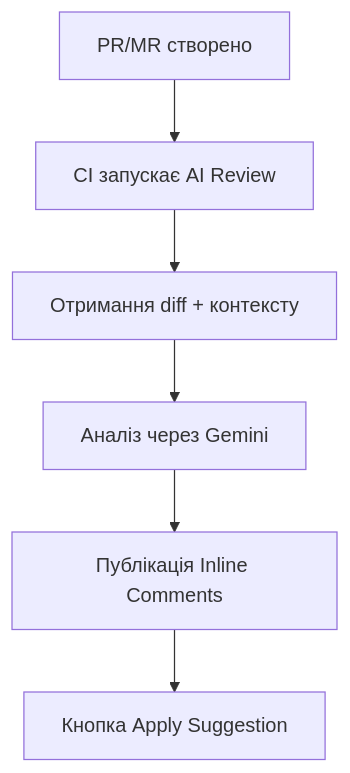
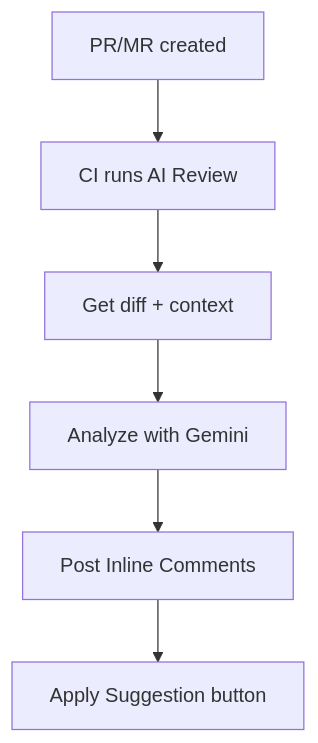
Before and after one commit to actions-marketplace-validations/KonstZiv_ai-code-reviewer: the diagram in docs/en/index.md, drawn with Mermaid. The commit also changed other lines of this file, not shown here.

````diff
--- a/docs/en/index.md
+++ b/docs/en/index.md
@@ -113,8 +113,8 @@
 ```mermaid
 graph TD
-    A[PR/MR створено] --> B[CI запускає AI Review]
-    B --> C[Отримання diff + контексту]
-    C --> D[Аналіз через Gemini]
-    D --> E[Публікація Inline Comments]
-    E --> F[Кнопка Apply Suggestion]
+    A[PR/MR created] --> B[CI runs AI Review]
+    B --> C[Get diff + context]
+    C --> D[Analyze with Gemini]
+    D --> E[Post Inline Comments]
+    E --> F[Apply Suggestion button]
 ```
````
